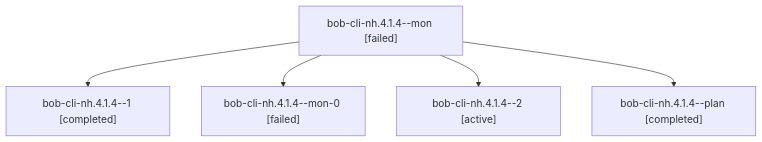
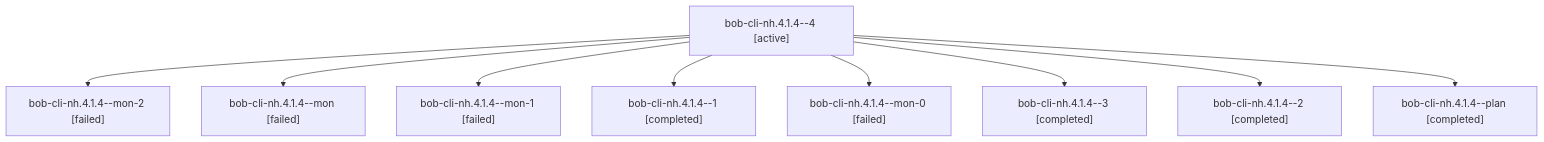
The diagram in sessions/bbugyi200.athena.bob-cli-nh.4.1.4.md (bobs-org/bob-cli--agents), drawn with Mermaid before and after one commit. The commit also changed other lines of this file and 113 other files, not shown here.

````diff
--- a/sessions/bbugyi200.athena.bob-cli-nh.4.1.4.md
+++ b/sessions/bbugyi200.athena.bob-cli-nh.4.1.4.md
@@ -9,12 +9,20 @@
 ```mermaid
 flowchart TD
-  n0["bob-cli-nh.4.1.4--mon [failed]"]
-  n1["bob-cli-nh.4.1.4--1 [completed]"]
+  n0["bob-cli-nh.4.1.4--4 [active]"]
+  n1["bob-cli-nh.4.1.4--mon-2 [failed]"]
   n0 --> n1
-  n2["bob-cli-nh.4.1.4--mon-0 [failed]"]
+  n2["bob-cli-nh.4.1.4--mon [failed]"]
   n0 --> n2
-  n3["bob-cli-nh.4.1.4--2 [active]"]
+  n3["bob-cli-nh.4.1.4--mon-1 [failed]"]
   n0 --> n3
-  n4["bob-cli-nh.4.1.4--plan [completed]"]
+  n4["bob-cli-nh.4.1.4--1 [completed]"]
   n0 --> n4
+  n5["bob-cli-nh.4.1.4--mon-0 [failed]"]
+  n0 --> n5
+  n6["bob-cli-nh.4.1.4--3 [completed]"]
+  n0 --> n6
+  n7["bob-cli-nh.4.1.4--2 [completed]"]
+  n0 --> n7
+  n8["bob-cli-nh.4.1.4--plan [completed]"]
+  n0 --> n8
 ```
````
